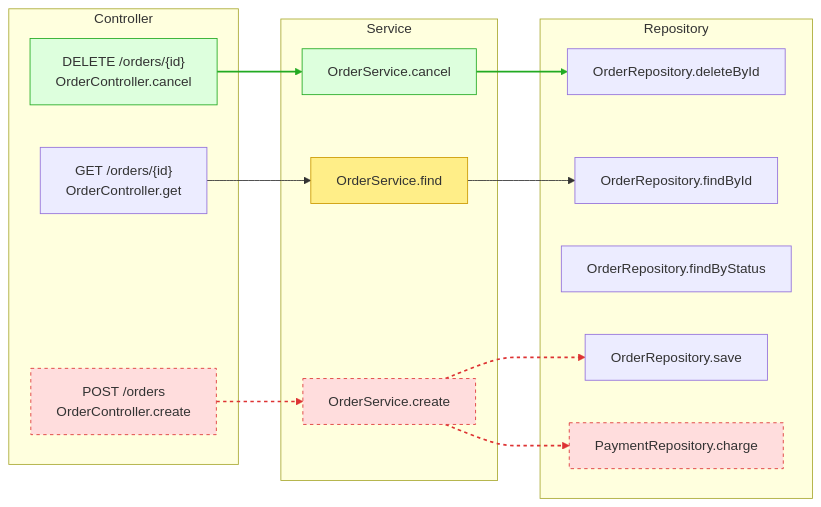
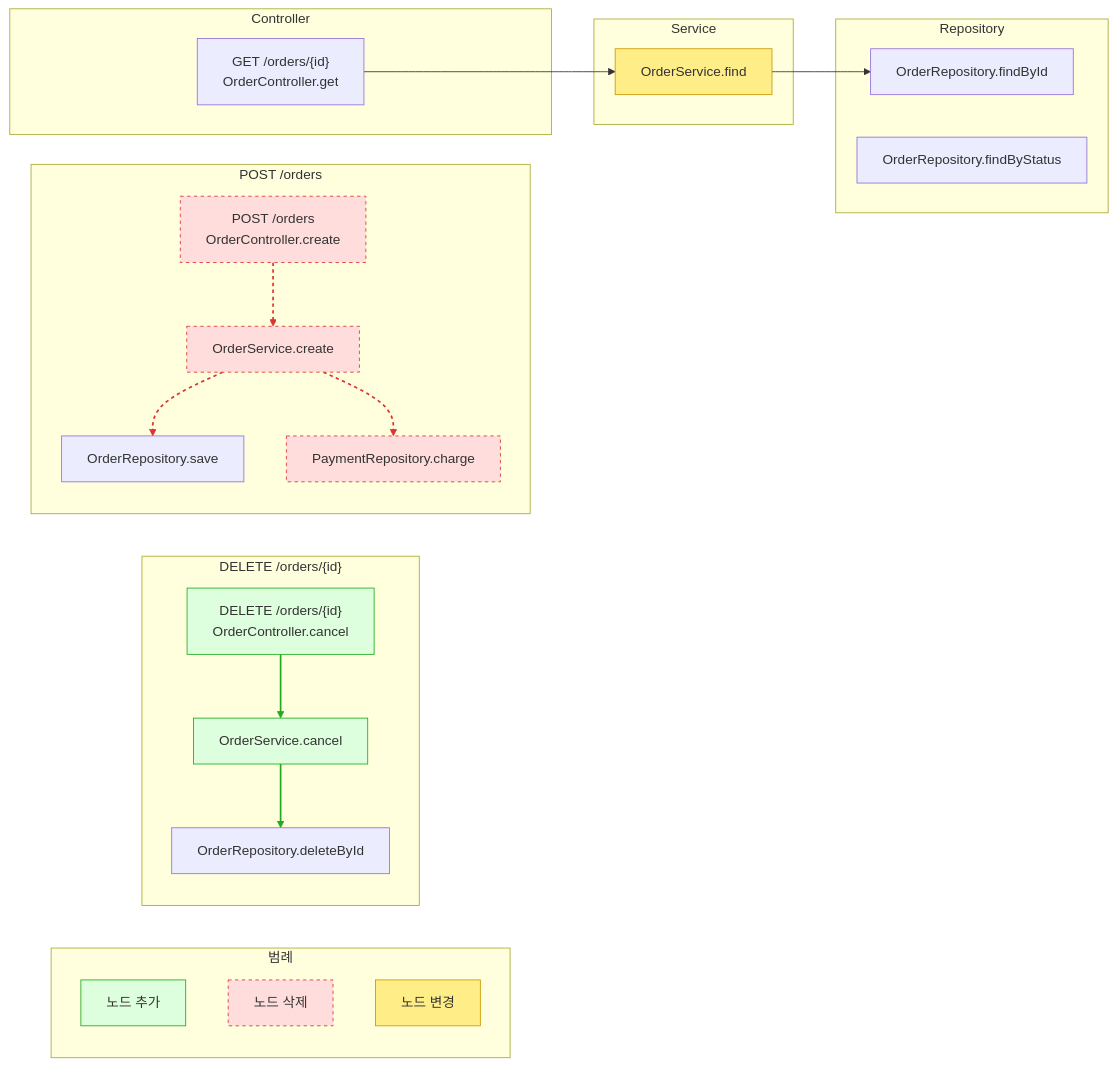
One commit to minky5004/flowdiffmap changed the diagram in docs/example/request-flow.md. Above: the diagram before and after it, drawn with Mermaid. The commit also changed other lines of this file and 1 other file, not shown here.

Commit message:
docs: 예시 산출물 기능 subgraph · 범례 반영 재생성
- fixture v1 → v2 재실행 — 그림에 범례 · DELETE/POST 기능 박스 2개 추가, 표는 그대로

````diff
--- a/docs/example/request-flow.md
+++ b/docs/example/request-flow.md
@@ -3,35 +3,44 @@
 ```mermaid
 flowchart LR
+  subgraph LEGEND["범례"]
+    legend_added["노드 추가"]:::added
+    legend_removed["노드 삭제"]:::removed
+    legend_changed["노드 변경"]:::changed
+  end
+  subgraph F_shop_order_OrderController_cancel_1["DELETE /orders/{id}"]
+    shop_order_OrderController_cancel_1["DELETE /orders/{id}<br/>OrderController.cancel"]:::added
+    shop_order_OrderRepository_deleteById_1["OrderRepository.deleteById"]
+    shop_order_OrderService_cancel_1["OrderService.cancel"]:::added
+  end
+  subgraph F_shop_order_OrderController_create_1["POST /orders"]
+    shop_order_OrderController_create_1["POST /orders<br/>OrderController.create"]:::removed
+    shop_order_OrderRepository_save_1["OrderRepository.save"]
+    shop_order_OrderService_create_1["OrderService.create"]:::removed
+    shop_order_PaymentRepository_charge_1["PaymentRepository.charge"]:::removed
+  end
   subgraph CONTROLLER["Controller"]
-    shop_order_OrderController_cancel_1["DELETE /orders/{id}<br/>OrderController.cancel"]:::added
-    shop_order_OrderController_create_1["POST /orders<br/>OrderController.create"]:::removed
     shop_order_OrderController_get_1["GET /orders/{id}<br/>OrderController.get"]
   end
   subgraph SERVICE["Service"]
-    shop_order_OrderService_cancel_1["OrderService.cancel"]:::added
-    shop_order_OrderService_create_1["OrderService.create"]:::removed
     shop_order_OrderService_find_1["OrderService.find"]:::changed
   end
   subgraph REPOSITORY["Repository"]
-    shop_order_OrderRepository_deleteById_1["OrderRepository.deleteById"]
     shop_order_OrderRepository_findById_1["OrderRepository.findById"]
     shop_order_OrderRepository_findByStatus_1["OrderRepository.findByStatus"]
-    shop_order_OrderRepository_save_1["OrderRepository.save"]
-    shop_order_PaymentRepository_charge_1["PaymentRepository.charge"]:::removed
   end
     shop_order_OrderController_cancel_1 --> shop_order_OrderService_cancel_1
     shop_order_OrderController_create_1 --> shop_order_OrderService_create_1
     shop_order_OrderController_get_1 --> shop_order_OrderService_find_1
     shop_order_OrderService_cancel_1 --> shop_order_OrderRepository_deleteById_1
     shop_order_OrderService_create_1 --> shop_order_OrderRepository_save_1
     shop_order_OrderService_create_1 --> shop_order_PaymentRepository_charge_1
     shop_order_OrderService_find_1 --> shop_order_OrderRepository_findById_1
   linkStyle 0 stroke:#2a2,stroke-width:2px
   linkStyle 1 stroke:#d33,stroke-width:2px,stroke-dasharray:4
   linkStyle 3 stroke:#2a2,stroke-width:2px
   linkStyle 4 stroke:#d33,stroke-width:2px,stroke-dasharray:4
   linkStyle 5 stroke:#d33,stroke-width:2px,stroke-dasharray:4
   classDef added fill:#dfd,stroke:#2a2
   classDef removed fill:#fdd,stroke:#d33,stroke-dasharray:4
   classDef changed fill:#fe8,stroke:#c90
 ```
````
